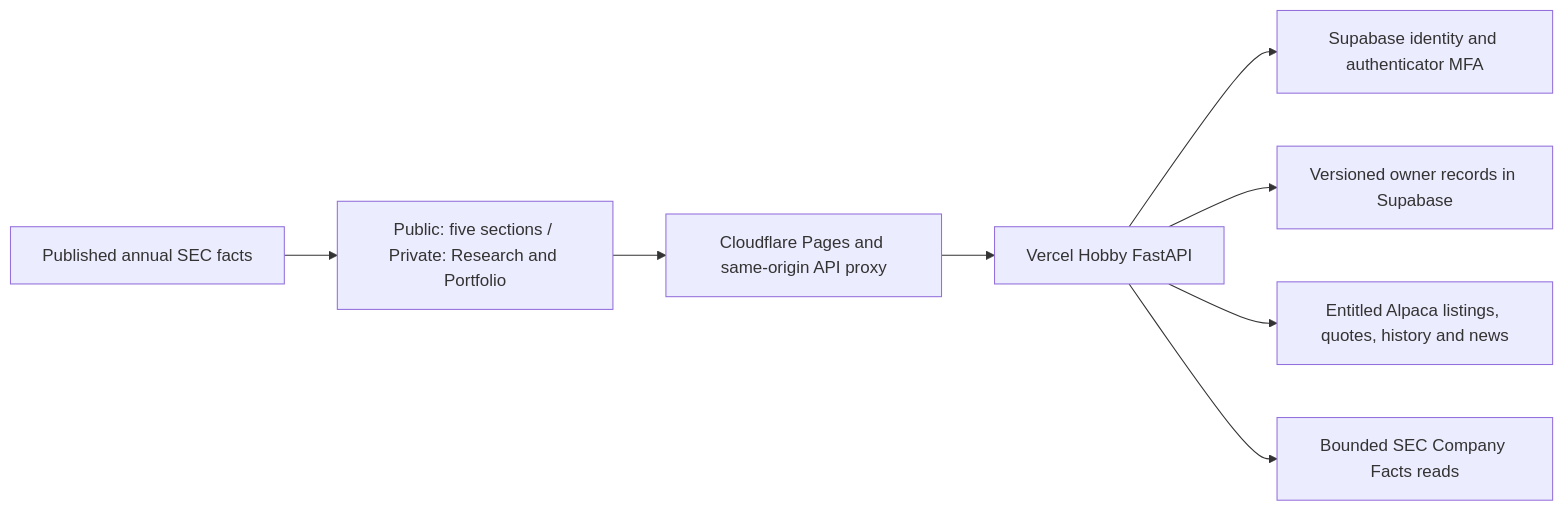
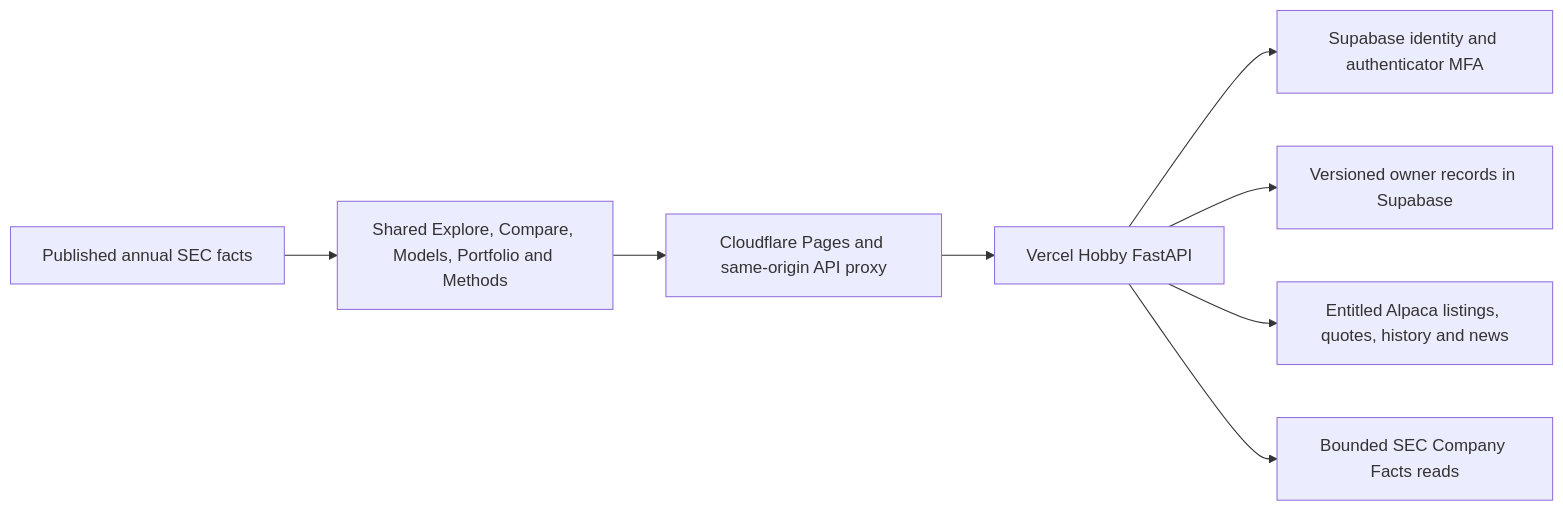
One commit to RishiRatnakarData/quantforge-hosted changed the diagram in docs/current/ARCHITECTURE.md. Above: the diagram before and after it, drawn with Mermaid. The commit also changed other lines of this file and 31 other files, not shown here.

````diff
--- a/docs/current/ARCHITECTURE.md
+++ b/docs/current/ARCHITECTURE.md
@@ -5,10 +5,10 @@
 ```mermaid
 flowchart LR
-  Browser[Public: five sections / Private: Research and Portfolio] --> Pages[Cloudflare Pages and same-origin API proxy]
+  Browser[Shared Explore, Compare, Models, Portfolio and Methods] --> Pages[Cloudflare Pages and same-origin API proxy]
   SEC[Published annual SEC facts] --> Browser
   Pages --> API[Vercel Hobby FastAPI]
   API --> Auth[Supabase identity and authenticator MFA]
   API --> State[Versioned owner records in Supabase]
   API --> Alpaca[Entitled Alpaca listings, quotes, history and news]
   API --> EDGAR[Bounded SEC Company Facts reads]
 ```
````
